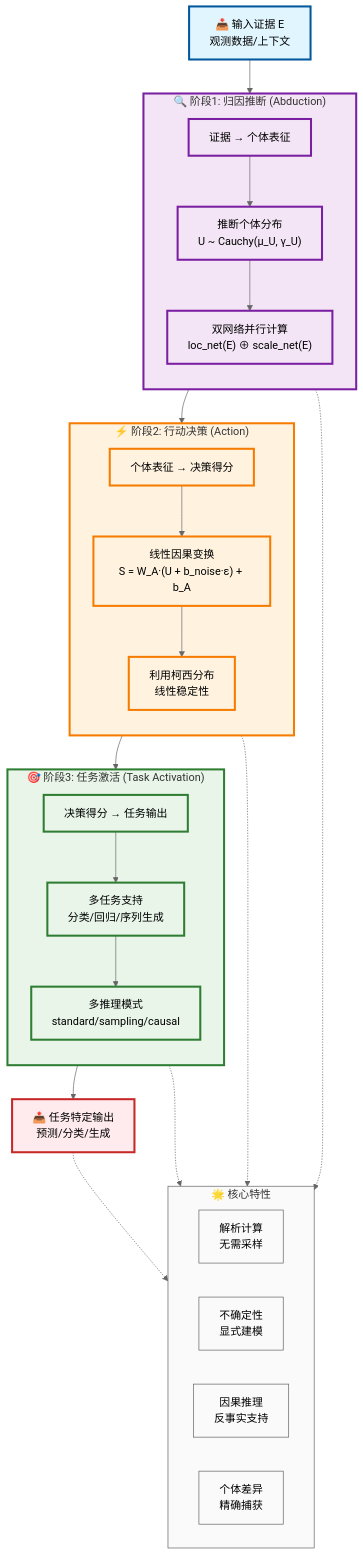
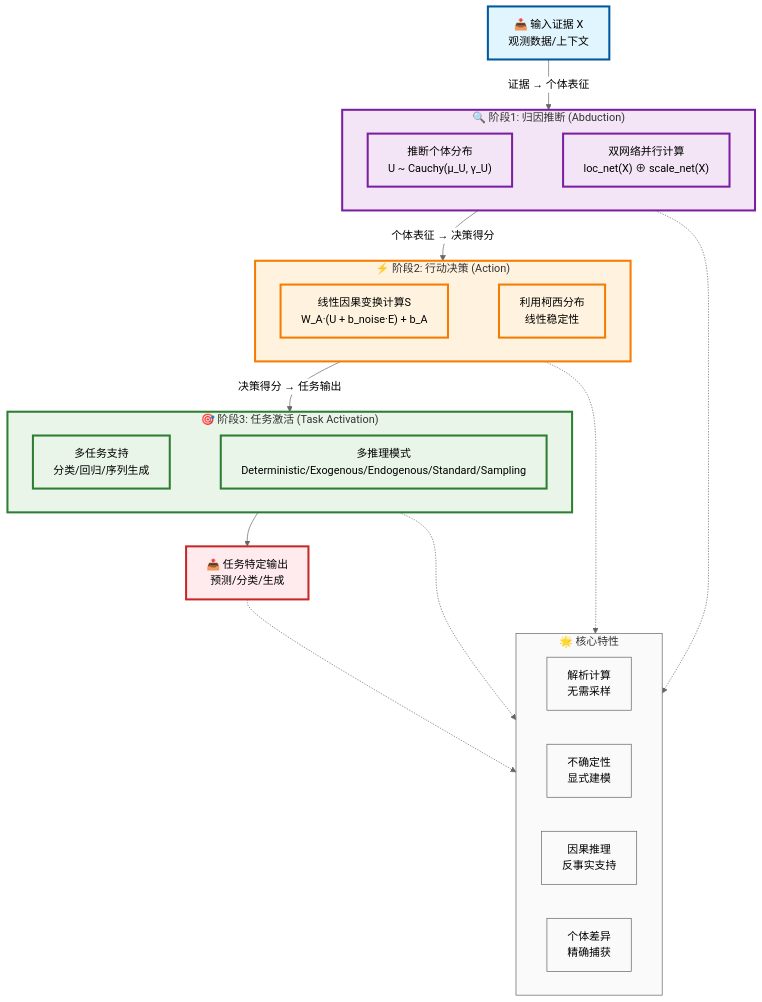
The second of 8 diagrams in causal_engine/MATHEMATICAL_FOUNDATIONS_CN.md (1587causalai/CausalQwen), drawn with Mermaid (neutral theme) before and after one commit. The commit also changed other lines of this file and 2 other files, not shown here.

````diff
--- a/causal_engine/MATHEMATICAL_FOUNDATIONS_CN.md
+++ b/causal_engine/MATHEMATICAL_FOUNDATIONS_CN.md
@@ -118,62 +79,59 @@
 ```mermaid
 graph TB
-    Input["📥 输入证据 E<br/>观测数据/上下文"]
+    Input["📥 输入证据 X<br/>观测数据/上下文"]
     
     subgraph Stage1["🔍 阶段1: 归因推断 (Abduction)"]
-        direction TB
-        S1_Title["证据 → 个体表征"]
+        direction LR
         S1_Process["推断个体分布<br/>U ~ Cauchy(μ_U, γ_U)"]
-        S1_Networks["双网络并行计算<br/>loc_net(E) ⊕ scale_net(E)"]
-        S1_Title --> S1_Process --> S1_Networks
+        S1_Networks["双网络并行计算<br/>loc_net(X) ⊕ scale_net(X)"]
+        S1_Process ~~~ S1_Networks
     end
     
     subgraph Stage2["⚡ 阶段2: 行动决策 (Action)"]
-        direction TB
-        S2_Title["个体表征 → 决策得分"]
-        S2_Process["线性因果变换<br/>S = W_A·(U + b_noise·ε) + b_A"]
+        direction LR
+        S2_Process["线性因果变换计算S<br/>W_A·(U + b_noise·E) + b_A"]
         S2_Properties["利用柯西分布<br/>线性稳定性"]
-        S2_Title --> S2_Process --> S2_Properties
+        S2_Process ~~~ S2_Properties
     end
     
     subgraph Stage3["🎯 阶段3: 任务激活 (Task Activation)"]
-        direction TB
-        S3_Title["决策得分 → 任务输出"]
+        direction LR
         S3_Tasks["多任务支持<br/>分类/回归/序列生成"]
-        S3_Modes["多推理模式<br/>standard/sampling/causal"]
-        S3_Title --> S3_Tasks --> S3_Modes
+        S3_Modes["多推理模式<br/>Deterministic/Exogenous/Endogenous/Standard/Sampling"]
+        S3_Tasks ~~~ S3_Modes
     end
     
-    Input --> Stage1 --> Stage2 --> Stage3
+    Input --"证据 → 个体表征"--> Stage1 --"个体表征 → 决策得分"--> Stage2 --"决策得分 → 任务输出"   --> Stage3
     
     Output["📤 任务特定输出<br/>预测/分类/生成"]
     Stage3 --> Output
     
     %% 核心特性标注
     subgraph Features["🌟 核心特性"]
         direction LR
         F1["解析计算<br/>无需采样"]
         F2["不确定性<br/>显式建模"]
         F3["因果推理<br/>反事实支持"]
         F4["个体差异<br/>精确捕获"]
     end
     
     Stage1 -.-> F4
     Stage2 -.-> F1
     Stage3 -.-> F2
     Output -.-> F3
     
     %% 样式定义
     classDef inputStyle fill:#e1f5fe,stroke:#01579b,stroke-width:3px
     classDef stage1Style fill:#f3e5f5,stroke:#7b1fa2,stroke-width:3px
     classDef stage2Style fill:#fff3e0,stroke:#f57c00,stroke-width:3px
     classDef stage3Style fill:#e8f5e8,stroke:#2e7d32,stroke-width:3px
     classDef outputStyle fill:#ffebee,stroke:#c62828,stroke-width:3px
     classDef featureStyle fill:#fafafa,stroke:#616161,stroke-width:1px
     
     class Input inputStyle
     class Stage1,S1_Title,S1_Process,S1_Networks stage1Style
     class Stage2,S2_Title,S2_Process,S2_Properties stage2Style
     class Stage3,S3_Title,S3_Tasks,S3_Modes stage3Style
     class Output outputStyle
     class Features,F1,F2,F3,F4 featureStyle
 ```
````
